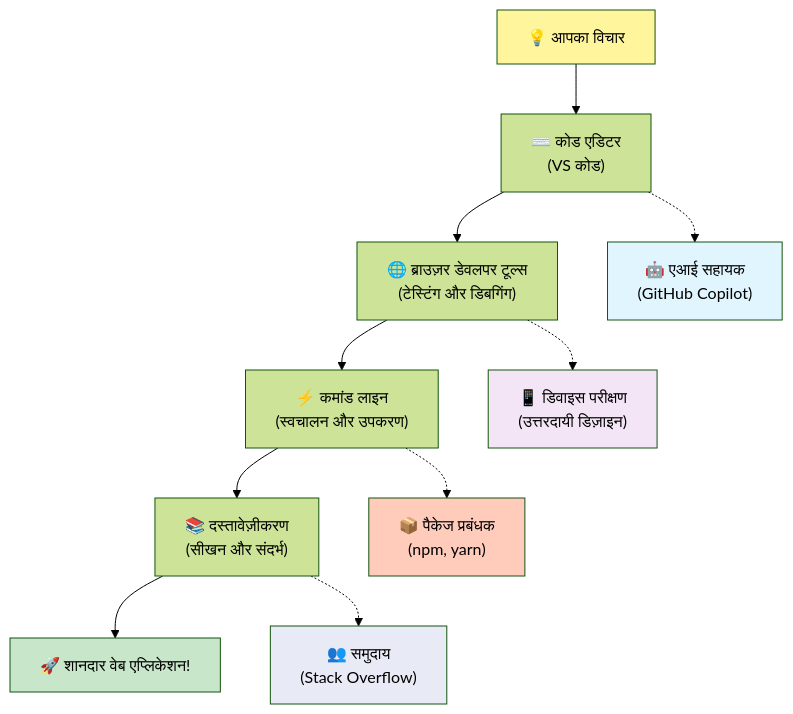
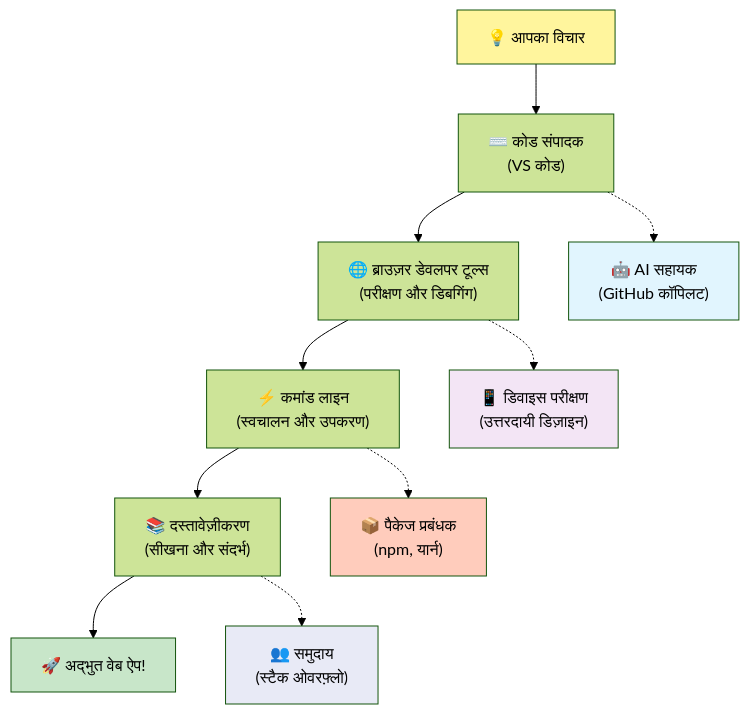
Before and after one commit to microsoft/Web-Dev-For-Beginners: the fifth of 7 diagrams in translations/hi/1-getting-started-lessons/1-intro-to-programming-languages/README.md, drawn with Mermaid (forest theme). The commit also changed other lines of this file and 11 other files, not shown here.

````diff
--- a/translations/hi/1-getting-started-lessons/1-intro-to-programming-languages/README.md
+++ b/translations/hi/1-getting-started-lessons/1-intro-to-programming-languages/README.md
@@ -487,20 +488,20 @@
 ```mermaid
 graph TD
-    A["💡 आपका विचार"] --> B["⌨️ कोड एडिटर<br/>(VS कोड)"] 
-    B --> C["🌐 ब्राउज़र डेवलपर टूल्स<br/>(टेस्टिंग और डिबगिंग)"]
+    A["💡 आपका विचार"] --> B["⌨️ कोड संपादक<br/>(VS कोड)"] 
+    B --> C["🌐 ब्राउज़र डेवलपर टूल्स<br/>(परीक्षण और डिबगिंग)"]
     C --> D["⚡ कमांड लाइन<br/>(स्वचालन और उपकरण)"]
-    D --> E["📚 दस्तावेज़ीकरण<br/>(सीखन और संदर्भ)"]
-    E --> F["🚀 शानदार वेब एप्लिकेशन!"]
+    D --> E["📚 दस्तावेज़ीकरण<br/>(सीखना और संदर्भ)"]
+    E --> F["🚀 अद्भुत वेब ऐप!"]
     
-    B -.-> G["🤖 एआई सहायक<br/>(GitHub Copilot)"]
+    B -.-> G["🤖 AI सहायक<br/>(GitHub कॉपिलट)"]
     C -.-> H["📱 डिवाइस परीक्षण<br/>(उत्तरदायी डिज़ाइन)"]
-    D -.-> I["📦 पैकेज प्रबंधक<br/>(npm, yarn)"]
-    E -.-> J["👥 समुदाय<br/>(Stack Overflow)"]
+    D -.-> I["📦 पैकेज प्रबंधक<br/>(npm, यार्न)"]
+    E -.-> J["👥 समुदाय<br/>(स्टैक ओवरफ़्लो)"]
     
     style A fill:#fff59d
     style F fill:#c8e6c9
     style G fill:#e1f5fe
     style H fill:#f3e5f5
     style I fill:#ffccbc
     style J fill:#e8eaf6
-```  
+```
````
